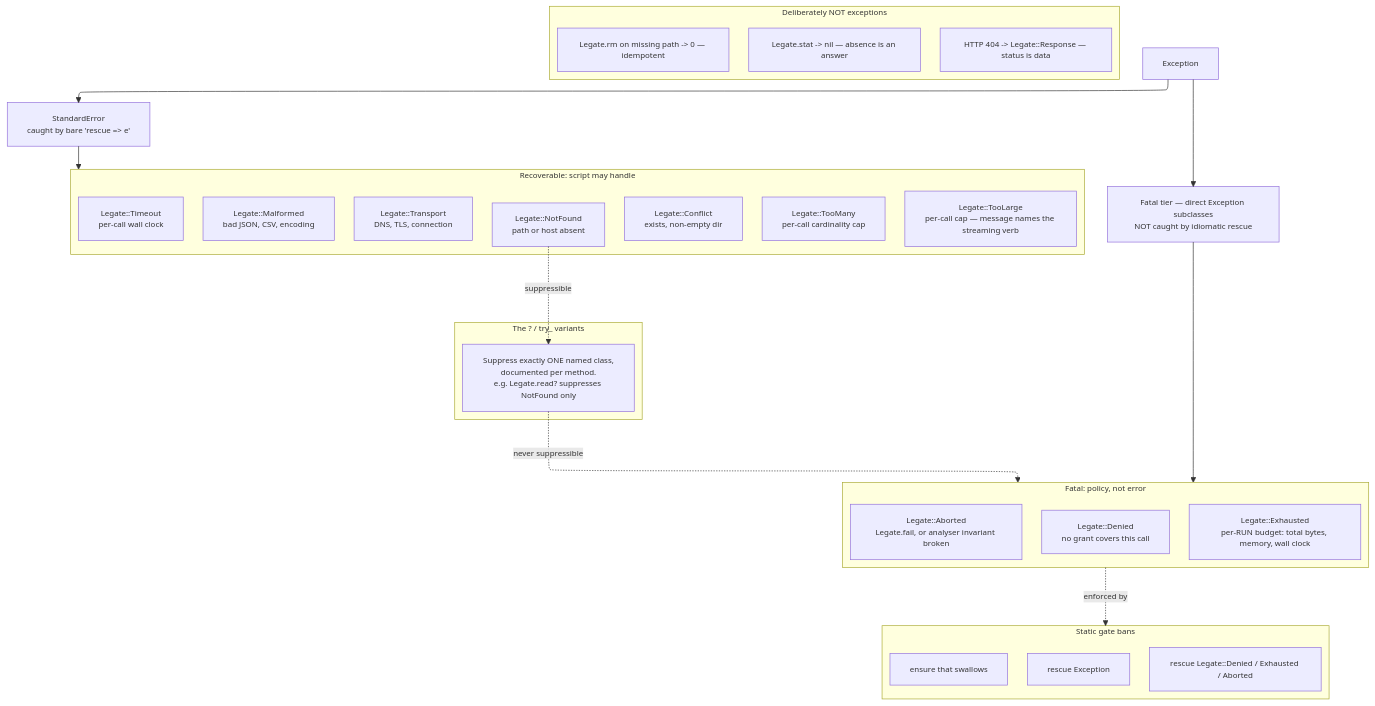
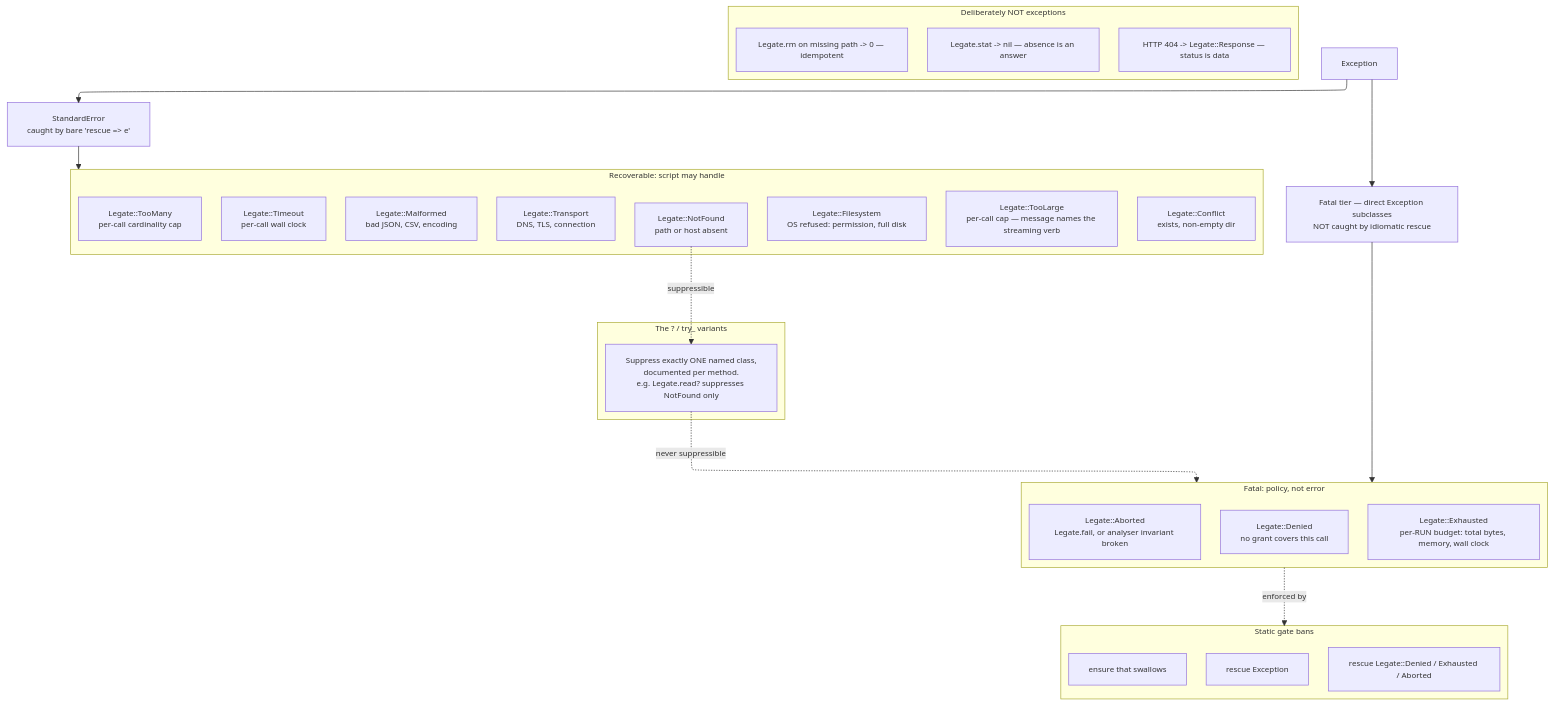
The third of 3 diagrams in LEGATE.md (ModelArmy/adjutant.cr), drawn with Mermaid before and after one commit. The commit also changed other lines of this file and 27 other files, not shown here.

First line of the commit message:
Legate filesystem error (#68)

````diff
--- a/LEGATE.md
+++ b/LEGATE.md
@@ -792,55 +792,56 @@
 ```mermaid
 ---
 displayMode: compact
 config:
   layout: elk
   themeVariables:
     fontSize: 12px
 ---
 flowchart TB
     EX["Exception"]
 
     EX --> STD["StandardError<br/>caught by bare 'rescue => e'"]
     EX --> FATAL["Fatal tier — direct Exception subclasses<br/>NOT caught by idiomatic rescue"]
 
     subgraph REC["Recoverable: script may handle"]
         NF["Legate::NotFound<br/>path or host absent"]
         MF["Legate::Malformed<br/>bad JSON, CSV, encoding"]
         TO["Legate::Timeout<br/>per-call wall clock"]
         TR["Legate::Transport<br/>DNS, TLS, connection"]
+        FS["Legate::Filesystem<br/>OS refused: permission, full disk"]
         CF["Legate::Conflict<br/>exists, non-empty dir"]
         TL["Legate::TooLarge<br/>per-call cap — message names the streaming verb"]
         TM["Legate::TooMany<br/>per-call cardinality cap"]
     end
 
     STD --> REC
 
     subgraph FAT["Fatal: policy, not error"]
         DN["Legate::Denied<br/>no grant covers this call"]
         EXH["Legate::Exhausted<br/>per-RUN budget: total bytes, memory, wall clock"]
         AB["Legate::Aborted<br/>Legate.fail, or analyser invariant broken"]
     end
 
     FATAL --> FAT
 
     subgraph SUPP["The ? / try_ variants"]
         Q["Suppress exactly ONE named class,<br/>documented per method.<br/>e.g. Legate.read? suppresses NotFound only"]
     end
 
     NF -.->|"suppressible"| Q
     Q -.->|"never suppressible"| FAT
 
     subgraph GATE["Static gate bans"]
         B1["rescue Exception"]
         B2["rescue Legate::Denied / Exhausted / Aborted"]
         B3["ensure that swallows"]
     end
 
     FAT -.->|"enforced by"| GATE
 
     subgraph NOTEX["Deliberately NOT exceptions"]
         N1["Legate.stat -> nil — absence is an answer"]
         N2["HTTP 404 -> Legate::Response — status is data"]
         N3["Legate.rm on missing path -> 0 — idempotent"]
     end
 ```
````
